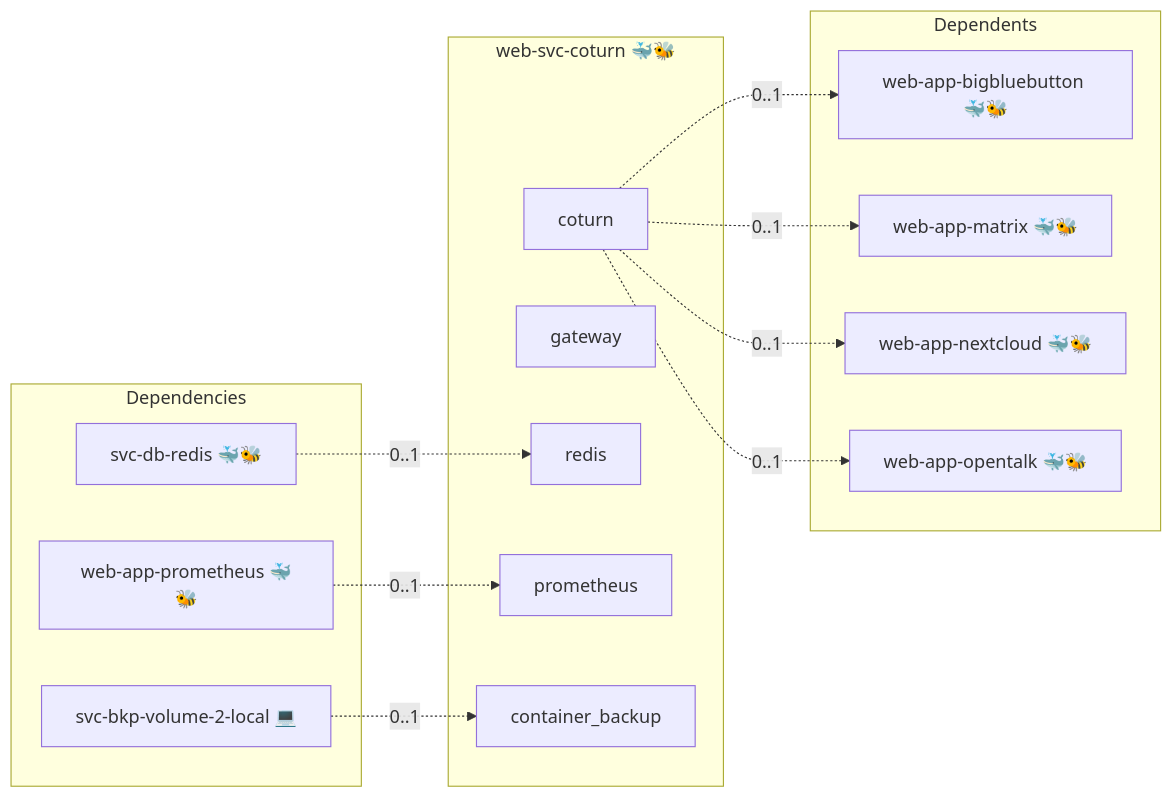
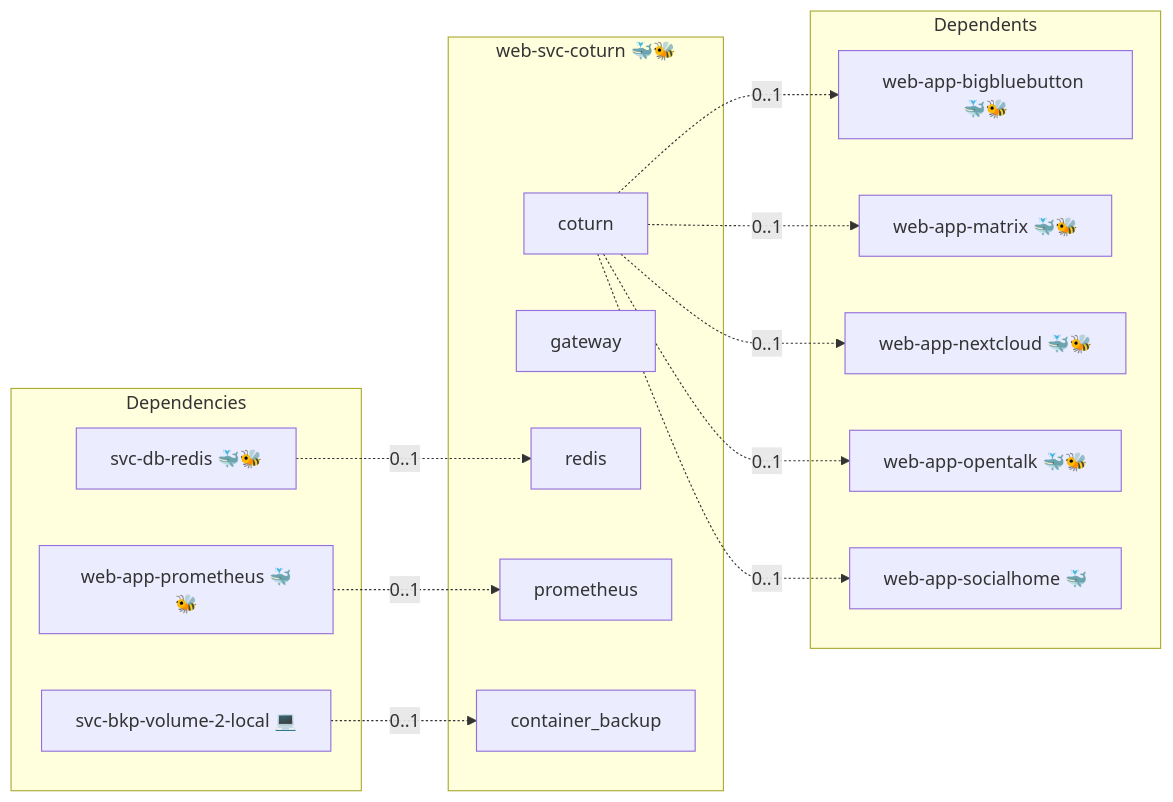
The diagram in roles/web-svc-coturn/README.md (AlejandroRomanIbanez/infinito-nexus), drawn with Mermaid before and after one commit. The commit also changed 3 other files, not shown here.

First line of the commit message:
docs: regenerate the role index and the socialhome graph

````diff
--- a/roles/web-svc-coturn/README.md
+++ b/roles/web-svc-coturn/README.md
@@ -40,28 +40,30 @@
 ```mermaid
 flowchart LR
     subgraph deps [Dependencies]
         dep_svc_bkp_volume_2_local["svc-bkp-volume-2-local 💻"]
         dep_svc_db_redis["svc-db-redis 🐳🐝"]
         dep_web_app_prometheus["web-app-prometheus 🐳🐝"]
     end
     subgraph role [web-svc-coturn 🐳🐝]
         svc_coturn["coturn"]
         svc_gateway["gateway"]
         svc_redis["redis"]
         svc_prometheus["prometheus"]
         svc_container_backup["container_backup"]
     end
     subgraph dependents [Dependents]
         dpt_web_app_bigbluebutton["web-app-bigbluebutton 🐳🐝"]
         dpt_web_app_matrix["web-app-matrix 🐳🐝"]
         dpt_web_app_nextcloud["web-app-nextcloud 🐳🐝"]
         dpt_web_app_opentalk["web-app-opentalk 🐳🐝"]
+        dpt_web_app_socialhome["web-app-socialhome 🐳"]
     end
     dep_svc_bkp_volume_2_local -. "0..1" .-> svc_container_backup
     dep_svc_db_redis -. "0..1" .-> svc_redis
     dep_web_app_prometheus -. "0..1" .-> svc_prometheus
     svc_coturn -. "0..1" .-> dpt_web_app_bigbluebutton
     svc_coturn -. "0..1" .-> dpt_web_app_matrix
     svc_coturn -. "0..1" .-> dpt_web_app_nextcloud
     svc_coturn -. "0..1" .-> dpt_web_app_opentalk
+    svc_coturn -. "0..1" .-> dpt_web_app_socialhome
 ```
````
